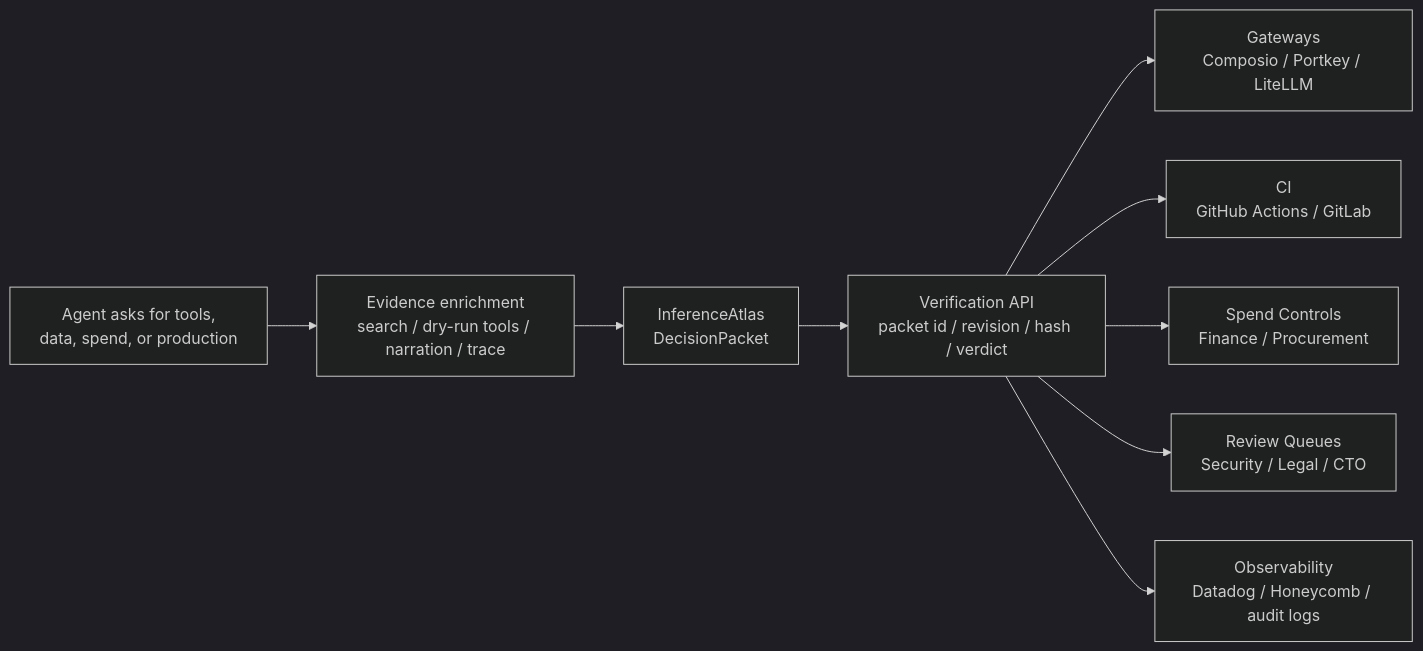
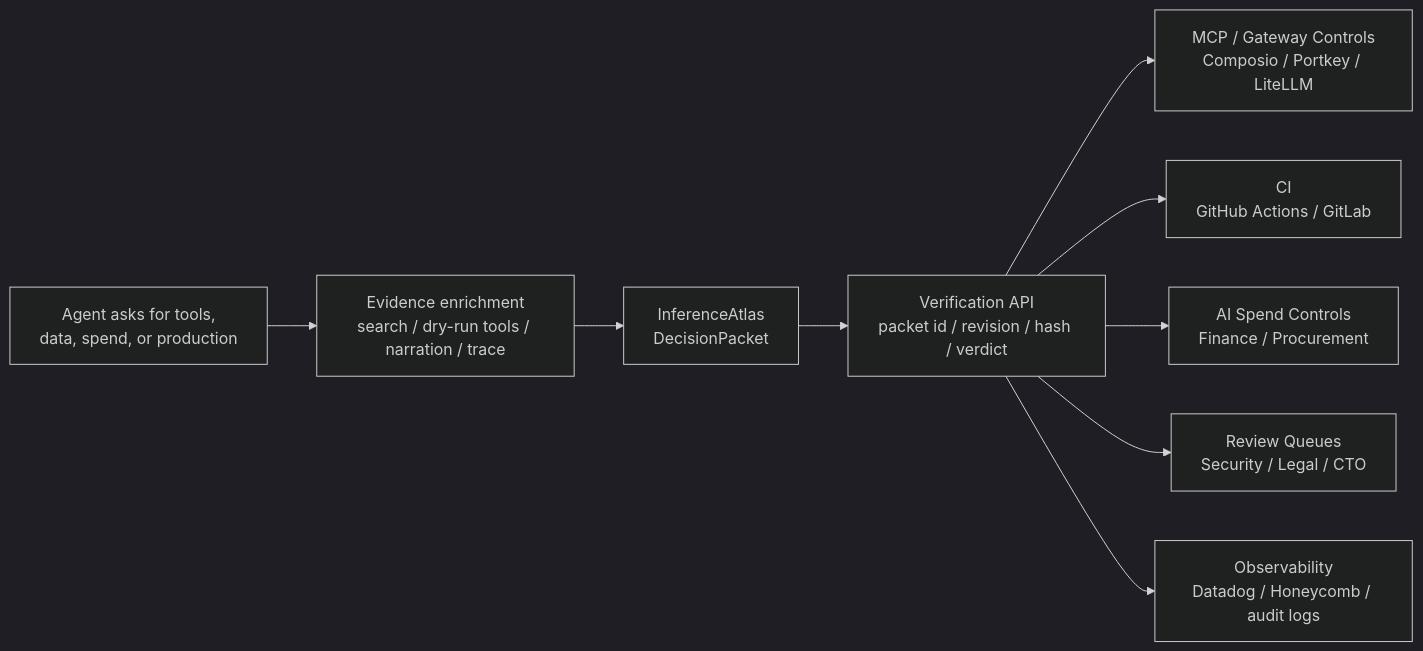
One commit to jayeshsuyal/inferenceatlas-agent-demo changed the diagram in README.md. Above: the diagram before and after it, drawn with Mermaid (dark theme). The commit also changed other lines of this file and 6 other files, not shown here.

````diff
--- a/README.md
+++ b/README.md
@@ -52,11 +50,11 @@
 ```mermaid
 flowchart LR
   A["Agent asks for tools,<br/>data, spend, or production"] --> P["Evidence enrichment<br/>search / dry-run tools / narration / trace"]
   P --> B["InferenceAtlas<br/>DecisionPacket"]
   B --> C["Verification API<br/>packet id / revision / hash / verdict"]
-  C --> D["Gateways<br/>Composio / Portkey / LiteLLM"]
+  C --> D["MCP / Gateway Controls<br/>Composio / Portkey / LiteLLM"]
   C --> E["CI<br/>GitHub Actions / GitLab"]
-  C --> F["Spend Controls<br/>Finance / Procurement"]
+  C --> F["AI Spend Controls<br/>Finance / Procurement"]
   C --> G["Review Queues<br/>Security / Legal / CTO"]
   C --> H["Observability<br/>Datadog / Honeycomb / audit logs"]
 ```
````
